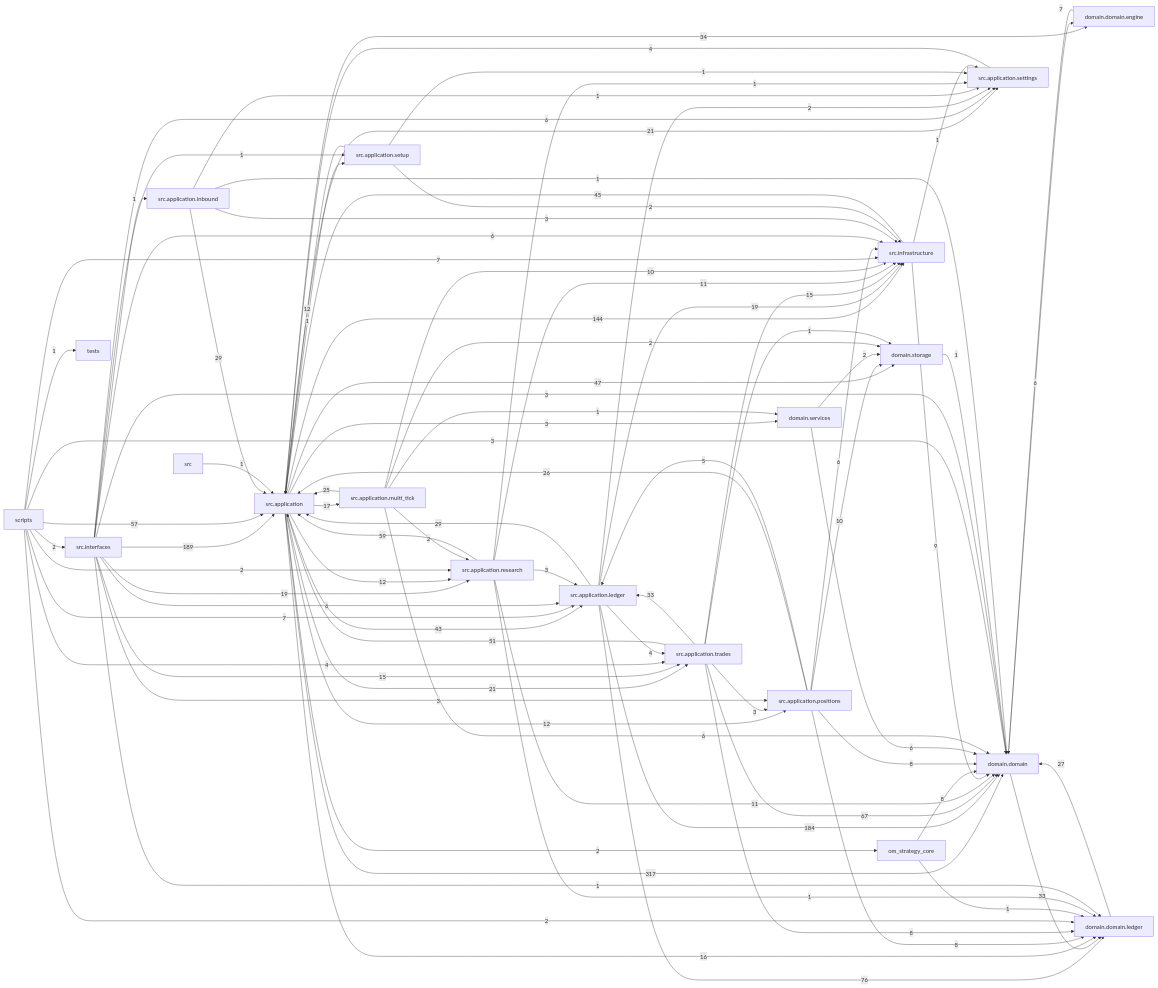
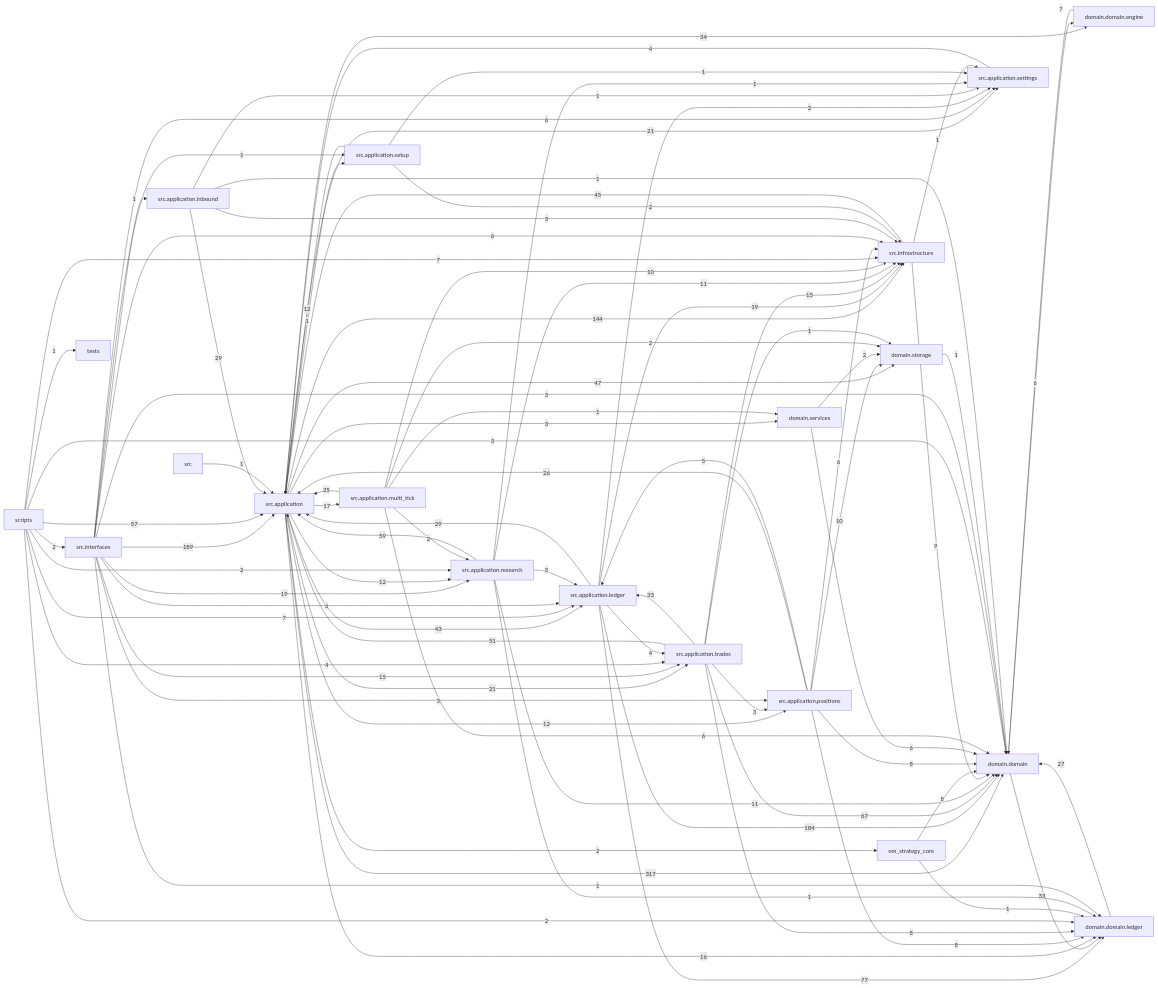
The diagram in docs/dependency_graph.mmd (liuxie066/options-monitor), drawn with Mermaid before and after one commit. The commit also changed 3 other files, not shown here.

```diff
--- a/docs/dependency_graph.mmd
+++ b/docs/dependency_graph.mmd
@@ -1,87 +1,87 @@
 flowchart LR
   src_application["src.application"] -->|317| domain_domain["domain.domain"]
   src_interfaces["src.interfaces"] -->|189| src_application["src.application"]
   src_application_ledger["src.application.ledger"] -->|184| domain_domain["domain.domain"]
   src_application["src.application"] -->|144| src_infrastructure["src.infrastructure"]
-  src_application_ledger["src.application.ledger"] -->|76| domain_domain_ledger["domain.domain.ledger"]
+  src_application_ledger["src.application.ledger"] -->|77| domain_domain_ledger["domain.domain.ledger"]
   src_application_trades["src.application.trades"] -->|67| domain_domain["domain.domain"]
   src_application_research["src.application.research"] -->|59| src_application["src.application"]
   scripts["scripts"] -->|57| src_application["src.application"]
   src_application_trades["src.application.trades"] -->|51| src_application["src.application"]
   src_application["src.application"] -->|47| domain_storage["domain.storage"]
   src_infrastructure["src.infrastructure"] -->|45| src_application["src.application"]
   src_application["src.application"] -->|43| src_application_ledger["src.application.ledger"]
   src_application["src.application"] -->|34| domain_domain_engine["domain.domain.engine"]
   domain_domain["domain.domain"] -->|33| domain_domain_ledger["domain.domain.ledger"]
   src_application_trades["src.application.trades"] -->|33| src_application_ledger["src.application.ledger"]
   src_application_inbound["src.application.inbound"] -->|29| src_application["src.application"]
   src_application_ledger["src.application.ledger"] -->|29| src_application["src.application"]
   domain_domain_ledger["domain.domain.ledger"] -->|27| domain_domain["domain.domain"]
   src_application_positions["src.application.positions"] -->|26| src_application["src.application"]
   src_application_multi_tick["src.application.multi_tick"] -->|25| src_application["src.application"]
   src_application["src.application"] -->|21| src_application_settings["src.application.settings"]
   src_application["src.application"] -->|21| src_application_trades["src.application.trades"]
   src_application_ledger["src.application.ledger"] -->|19| src_infrastructure["src.infrastructure"]
   src_interfaces["src.interfaces"] -->|19| src_application_research["src.application.research"]
   src_application["src.application"] -->|17| src_application_multi_tick["src.application.multi_tick"]
   src_application["src.application"] -->|16| domain_domain_ledger["domain.domain.ledger"]
   src_application_trades["src.application.trades"] -->|15| src_infrastructure["src.infrastructure"]
   src_interfaces["src.interfaces"] -->|15| src_application_trades["src.application.trades"]
   src_application["src.application"] -->|12| src_application_positions["src.application.positions"]
   src_application["src.application"] -->|12| src_application_research["src.application.research"]
   src_application_setup["src.application.setup"] -->|12| src_application["src.application"]
   src_application_research["src.application.research"] -->|11| domain_domain["domain.domain"]
   src_application_research["src.application.research"] -->|11| src_infrastructure["src.infrastructure"]
   src_application_multi_tick["src.application.multi_tick"] -->|10| src_infrastructure["src.infrastructure"]
   src_application_positions["src.application.positions"] -->|10| domain_storage["domain.storage"]
   src_infrastructure["src.infrastructure"] -->|9| domain_domain["domain.domain"]
   om_strategy_core["om_strategy_core"] -->|8| domain_domain["domain.domain"]
   src_application_positions["src.application.positions"] -->|8| domain_domain["domain.domain"]
   src_application_positions["src.application.positions"] -->|8| domain_domain_ledger["domain.domain.ledger"]
   src_application_trades["src.application.trades"] -->|8| domain_domain_ledger["domain.domain.ledger"]
   domain_domain_engine["domain.domain.engine"] -->|7| domain_domain["domain.domain"]
   scripts["scripts"] -->|7| src_application_ledger["src.application.ledger"]
   scripts["scripts"] -->|7| src_infrastructure["src.infrastructure"]
   domain_domain["domain.domain"] -->|6| domain_domain_engine["domain.domain.engine"]
   domain_services["domain.services"] -->|6| domain_domain["domain.domain"]
   src_application_multi_tick["src.application.multi_tick"] -->|6| domain_domain["domain.domain"]
   src_application_positions["src.application.positions"] -->|6| src_infrastructure["src.infrastructure"]
   src_interfaces["src.interfaces"] -->|6| src_application_ledger["src.application.ledger"]
   src_interfaces["src.interfaces"] -->|6| src_application_settings["src.application.settings"]
   src_interfaces["src.interfaces"] -->|6| src_infrastructure["src.infrastructure"]
   src_application_positions["src.application.positions"] -->|5| src_application_ledger["src.application.ledger"]
   scripts["scripts"] -->|4| src_application_trades["src.application.trades"]
   src_application_ledger["src.application.ledger"] -->|4| src_application_trades["src.application.trades"]
   src_application_settings["src.application.settings"] -->|4| src_application["src.application"]
   scripts["scripts"] -->|3| domain_domain["domain.domain"]
   src_application["src.application"] -->|3| domain_services["domain.services"]
   src_application_inbound["src.application.inbound"] -->|3| src_infrastructure["src.infrastructure"]
   src_application_research["src.application.research"] -->|3| src_application_ledger["src.application.ledger"]
   src_application_trades["src.application.trades"] -->|3| src_application_positions["src.application.positions"]
   src_interfaces["src.interfaces"] -->|3| domain_domain["domain.domain"]
   src_interfaces["src.interfaces"] -->|3| src_application_positions["src.application.positions"]
   domain_services["domain.services"] -->|2| domain_storage["domain.storage"]
   scripts["scripts"] -->|2| domain_domain_ledger["domain.domain.ledger"]
   scripts["scripts"] -->|2| src_application_research["src.application.research"]
   scripts["scripts"] -->|2| src_interfaces["src.interfaces"]
   src_application["src.application"] -->|2| om_strategy_core["om_strategy_core"]
   src_application_ledger["src.application.ledger"] -->|2| src_application_settings["src.application.settings"]
   src_application_multi_tick["src.application.multi_tick"] -->|2| domain_storage["domain.storage"]
   src_application_multi_tick["src.application.multi_tick"] -->|2| src_application_research["src.application.research"]
   src_application_setup["src.application.setup"] -->|2| src_infrastructure["src.infrastructure"]
   domain_storage["domain.storage"] -->|1| domain_domain["domain.domain"]
   om_strategy_core["om_strategy_core"] -->|1| domain_domain_ledger["domain.domain.ledger"]
   scripts["scripts"] -->|1| tests["tests"]
   src["src"] -->|1| src_application["src.application"]
   src_application["src.application"] -->|1| src_application_setup["src.application.setup"]
   src_application_inbound["src.application.inbound"] -->|1| domain_domain["domain.domain"]
   src_application_inbound["src.application.inbound"] -->|1| src_application_settings["src.application.settings"]
   src_application_multi_tick["src.application.multi_tick"] -->|1| domain_services["domain.services"]
   src_application_research["src.application.research"] -->|1| domain_domain_ledger["domain.domain.ledger"]
   src_application_research["src.application.research"] -->|1| src_application_settings["src.application.settings"]
   src_application_setup["src.application.setup"] -->|1| src_application_settings["src.application.settings"]
   src_application_trades["src.application.trades"] -->|1| domain_storage["domain.storage"]
   src_infrastructure["src.infrastructure"] -->|1| src_application_settings["src.application.settings"]
   src_interfaces["src.interfaces"] -->|1| domain_domain_ledger["domain.domain.ledger"]
   src_interfaces["src.interfaces"] -->|1| src_application_inbound["src.application.inbound"]
   src_interfaces["src.interfaces"] -->|1| src_application_setup["src.application.setup"]
```
